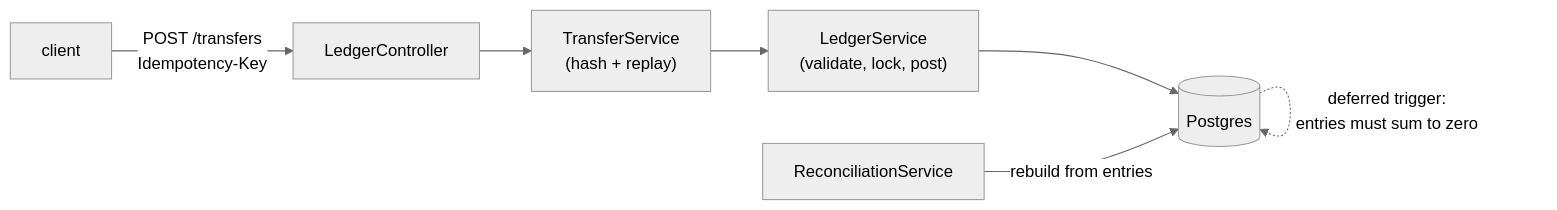
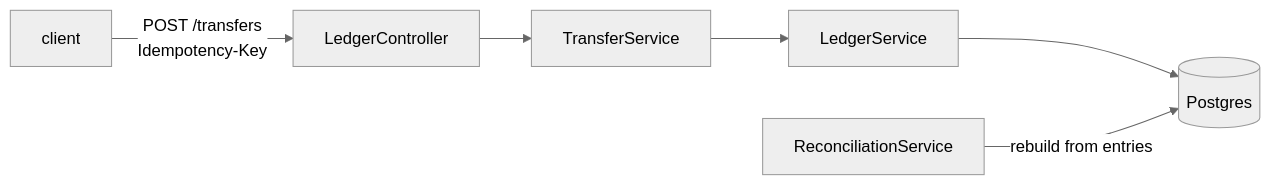
The diagram in README.md (hirashif/ledger), drawn with Mermaid (neutral theme) before and after one commit. The commit also changed other lines of this file, not shown here.

````diff
--- a/README.md
+++ b/README.md
@@ -21,9 +8,8 @@
 ```mermaid
 flowchart LR
   C["client"] -->|"POST /transfers<br/>Idempotency-Key"| API["LedgerController"]
-  API --> T["TransferService<br/>(hash + replay)"]
-  T --> L["LedgerService<br/>(validate, lock, post)"]
+  API --> T["TransferService"]
+  T --> L["LedgerService"]
   L --> DB[("Postgres")]
   R["ReconciliationService"] -->|"rebuild from entries"| DB
-  DB -.->|"deferred trigger:<br/>entries must sum to zero"| DB
 ```
````
